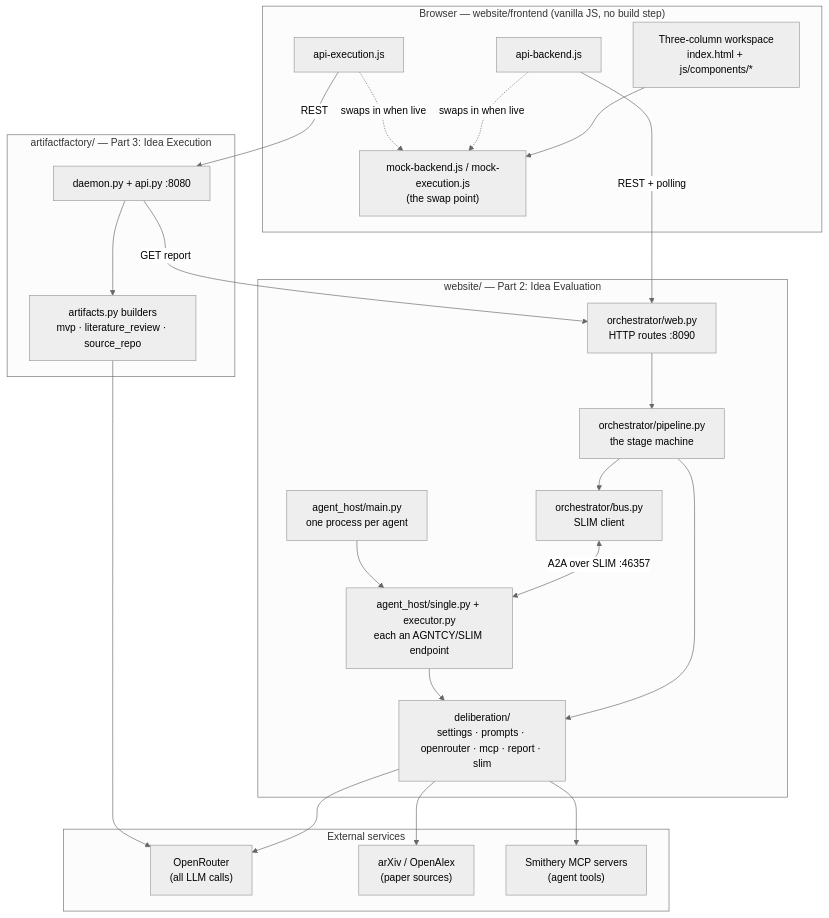
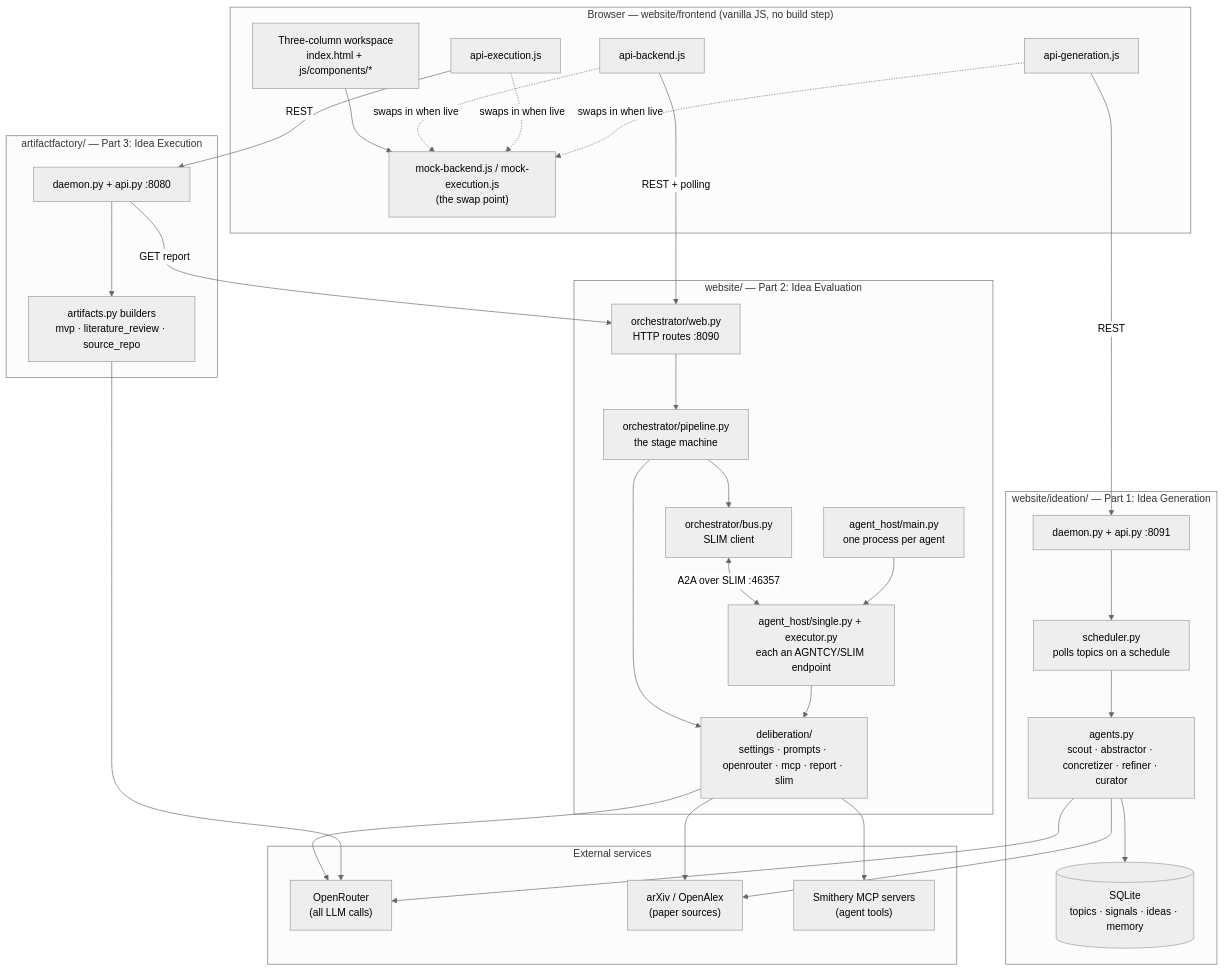
The first of 3 diagrams in ARCHITECTURE.md (hyperupcall/AutoInvestigate), drawn with Mermaid (neutral theme) before and after one commit. The commit also changed other lines of this file and 31 other files, not shown here.

Commit message:
Add idea generation

````diff
--- a/ARCHITECTURE.md
+++ b/ARCHITECTURE.md
@@ -33,46 +33,59 @@
 ```mermaid
 flowchart TB
     subgraph Browser["Browser — website/frontend (vanilla JS, no build step)"]
         UI["Three-column workspace<br/>index.html + js/components/*"]
         MOCK["mock-backend.js / mock-execution.js<br/>(the swap point)"]
         APIB["api-backend.js"]
         APIE["api-execution.js"]
+        APIG["api-generation.js"]
         UI --> MOCK
         APIB -. "swaps in when live" .-> MOCK
         APIE -. "swaps in when live" .-> MOCK
+        APIG -. "swaps in when live" .-> MOCK
     end
 
     subgraph Eval["website/ — Part 2: Idea Evaluation"]
         WEB["orchestrator/web.py<br/>HTTP routes :8090"]
         PIPE["orchestrator/pipeline.py<br/>the stage machine"]
         BUS["orchestrator/bus.py<br/>SLIM client"]
         HOST["agent_host/main.py<br/>one process per agent"]
         AGENTS["agent_host/single.py + executor.py<br/>each an AGNTCY/SLIM endpoint"]
         DELIB["deliberation/<br/>settings · prompts · openrouter · mcp · report · slim"]
         WEB --> PIPE --> BUS
         BUS <-->|"A2A over SLIM :46357"| AGENTS
         HOST --> AGENTS
         PIPE --> DELIB
         AGENTS --> DELIB
     end
 
+    subgraph Ideation["website/ideation/ — Part 1: Idea Generation"]
+        ID["daemon.py + api.py :8091"]
+        SCHED["scheduler.py<br/>polls topics on a schedule"]
+        TEAM["agents.py<br/>scout · abstractor · concretizer · refiner · curator"]
+        DB[("SQLite<br/>topics · signals · ideas · memory")]
+        ID --> SCHED --> TEAM --> DB
+    end
+
     subgraph Factory["artifactfactory/ — Part 3: Idea Execution"]
         AF["daemon.py + api.py :8080"]
         BUILD["artifacts.py builders<br/>mvp · literature_review · source_repo"]
         AF --> BUILD
     end
 
     subgraph External["External services"]
         OR["OpenRouter<br/>(all LLM calls)"]
         AX["arXiv / OpenAlex<br/>(paper sources)"]
         SM["Smithery MCP servers<br/>(agent tools)"]
     end
 
     APIB -->|"REST + polling"| WEB
     APIE -->|"REST"| AF
+    APIG -->|"REST"| ID
     AF -->|"GET report"| WEB
     DELIB --> OR
     DELIB --> AX
     DELIB --> SM
+    TEAM --> OR
+    TEAM --> AX
     BUILD --> OR
 ```
````
